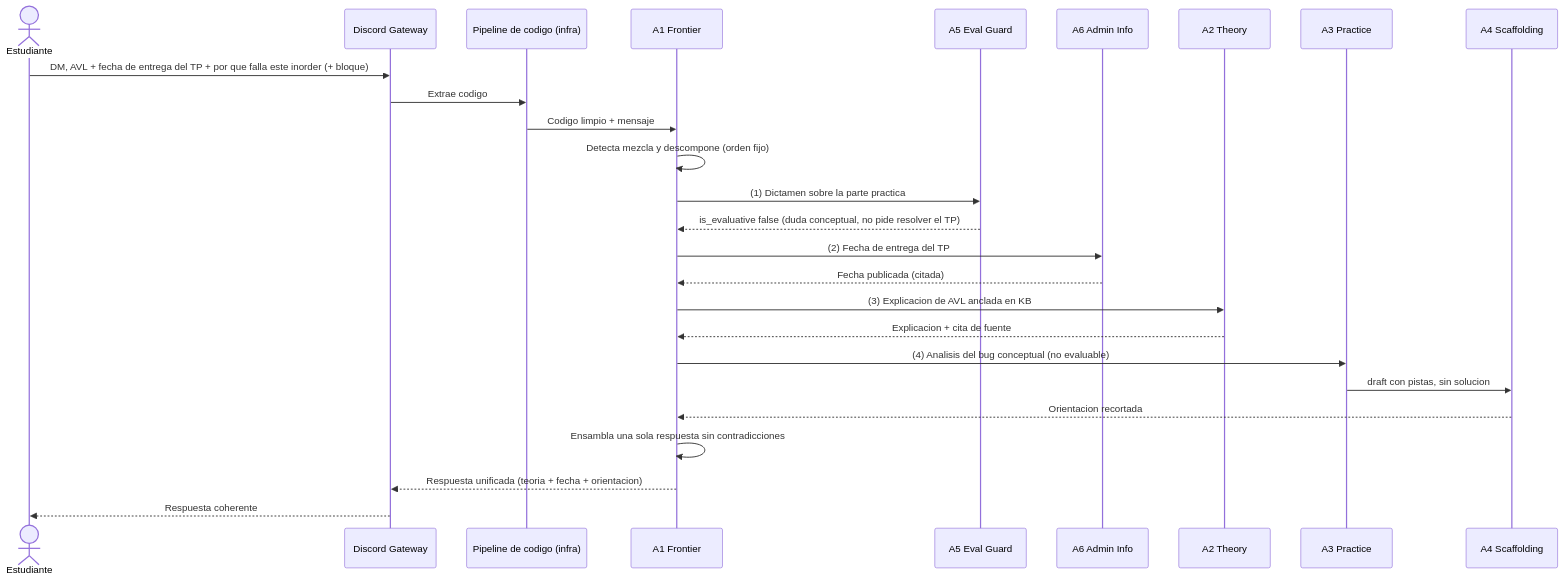
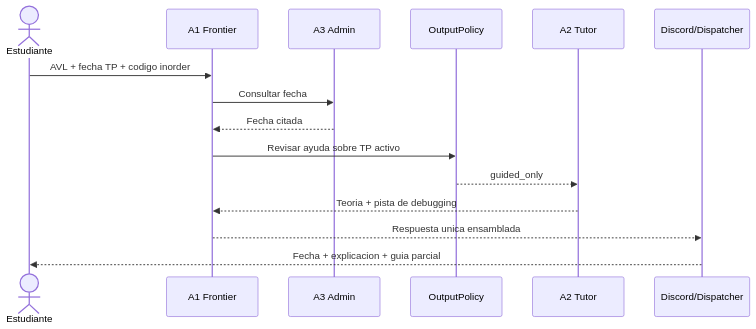
One commit to berni-245/SMA-Discord-bot changed the third of 4 diagrams in spec/06-escenarios-y-trazabilidad.md. Above: the diagram before and after it, drawn with Mermaid. The commit also changed other lines of this file and 30 other files, not shown here.

````diff
--- a/spec/06-escenarios-y-trazabilidad.md
+++ b/spec/06-escenarios-y-trazabilidad.md
@@ -123,29 +73,17 @@
 ```mermaid
 sequenceDiagram
     actor E as Estudiante
-    participant D as Discord Gateway
-    participant CP as Pipeline de codigo (infra)
     participant A1 as A1 Frontier
-    participant A5 as A5 Eval Guard
-    participant A6 as A6 Admin Info
-    participant A2 as A2 Theory
-    participant A3 as A3 Practice
-    participant A4 as A4 Scaffolding
-
-    E->>D: DM, AVL + fecha de entrega del TP + por que falla este inorder (+ bloque)
-    D->>CP: Extrae codigo
-    CP->>A1: Codigo limpio + mensaje
-    A1->>A1: Detecta mezcla y descompone (orden fijo)
-    A1->>A5: (1) Dictamen sobre la parte practica
-    A5-->>A1: is_evaluative false (duda conceptual, no pide resolver el TP)
-    A1->>A6: (2) Fecha de entrega del TP
-    A6-->>A1: Fecha publicada (citada)
-    A1->>A2: (3) Explicacion de AVL anclada en KB
-    A2-->>A1: Explicacion + cita de fuente
-    A1->>A3: (4) Analisis del bug conceptual (no evaluable)
-    A3->>A4: draft con pistas, sin solucion
-    A4-->>A1: Orientacion recortada
-    A1->>A1: Ensambla una sola respuesta sin contradicciones
-    A1-->>D: Respuesta unificada (teoria + fecha + orientacion)
-    D-->>E: Respuesta coherente
+    participant A3 as A3 Admin
+    participant OP as OutputPolicy
+    participant A2 as A2 Tutor
+    participant D as Discord/Dispatcher
+    E->>A1: AVL + fecha TP + codigo inorder
+    A1->>A3: Consultar fecha
+    A3-->>A1: Fecha citada
+    A1->>OP: Revisar ayuda sobre TP activo
+    OP-->>A2: guided_only
+    A2-->>A1: Teoria + pista de debugging
+    A1-->>D: Respuesta unica ensamblada
+    D-->>E: Fecha + explicacion + guia parcial
 ```
````
